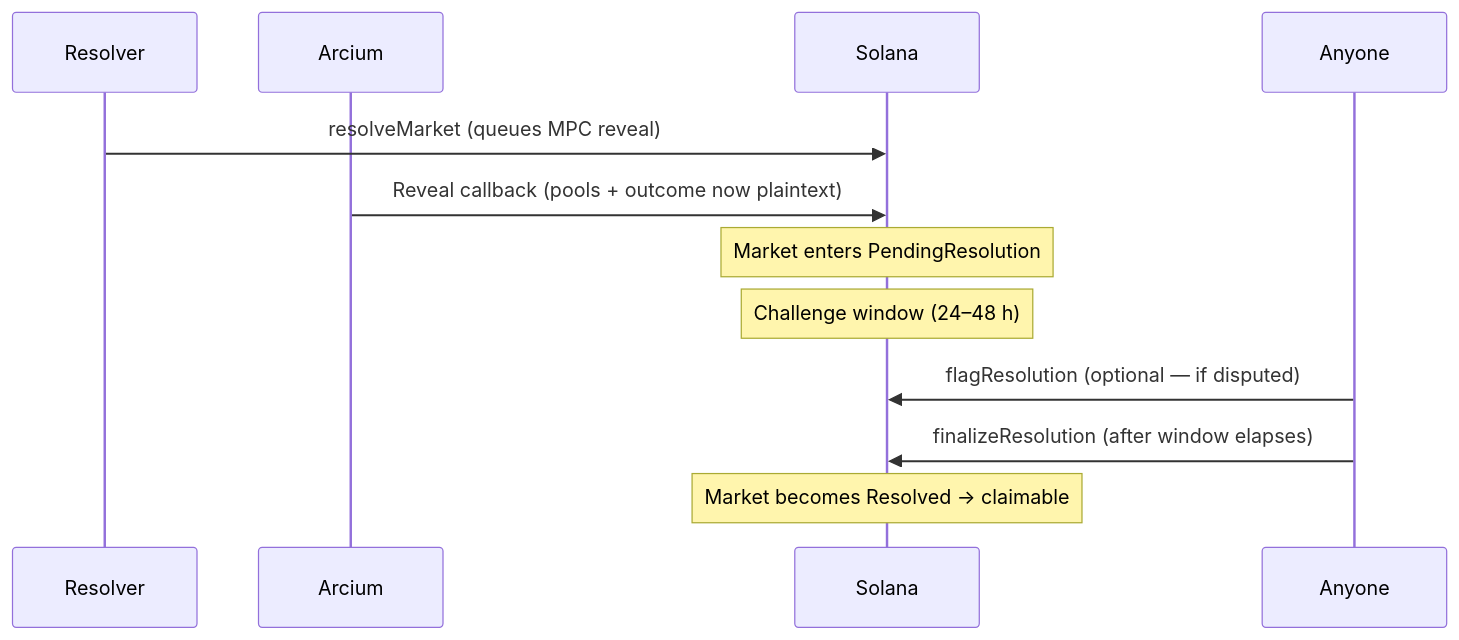
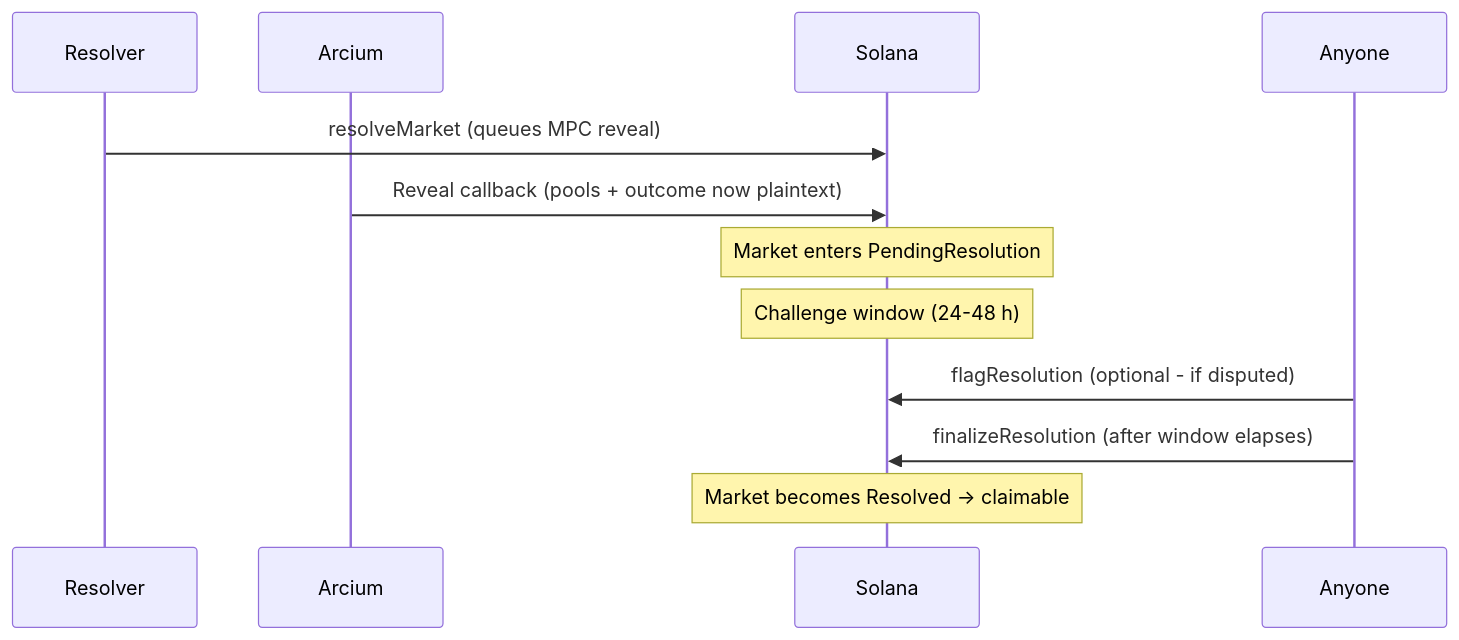
The diagram in sdk/actions/resolution.mdx (cypher-zk/docs), drawn with Mermaid before and after one commit. The commit also changed 19 other files, not shown here.

````diff
--- a/sdk/actions/resolution.mdx
+++ b/sdk/actions/resolution.mdx
@@ -10,15 +10,15 @@
 ```mermaid
 sequenceDiagram
     participant R as Resolver
     participant A as Arcium
     participant S as Solana
     participant F as Anyone
 
     R->>S: resolveMarket (queues MPC reveal)
     A->>S: Reveal callback (pools + outcome now plaintext)
     Note over S: Market enters PendingResolution
-    Note over S: Challenge window (24–48 h)
-    F->>S: flagResolution (optional — if disputed)
+    Note over S: Challenge window (24-48 h)
+    F->>S: flagResolution (optional - if disputed)
     F->>S: finalizeResolution (after window elapses)
     Note over S: Market becomes Resolved → claimable
 ```
````
